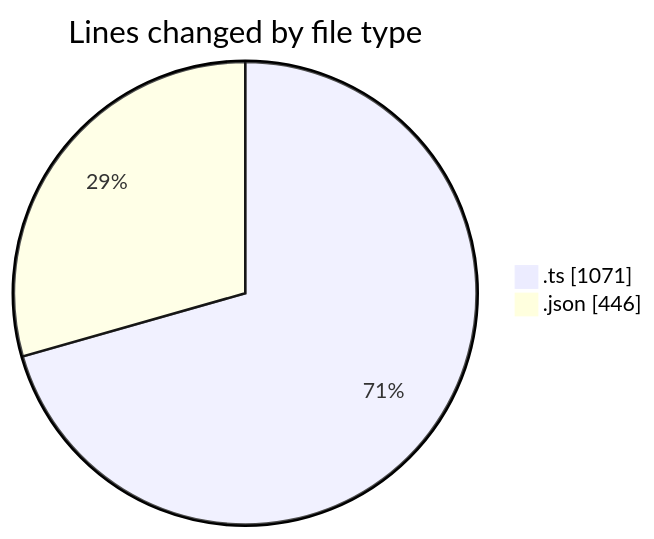
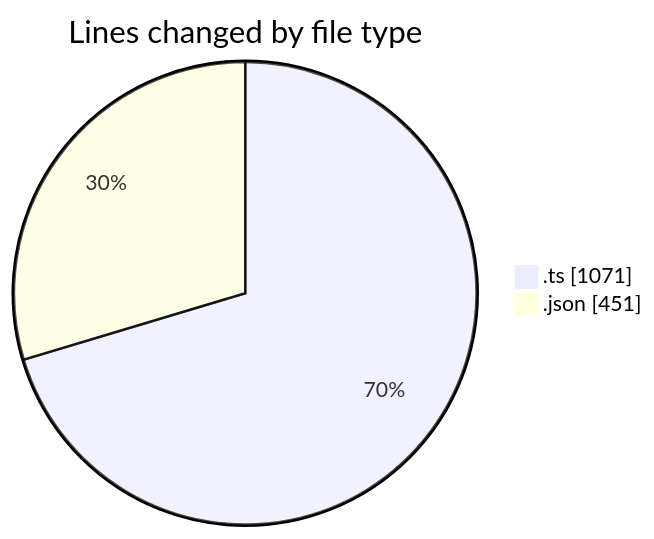
One commit to momahboobian/code-tracking changed the first of 2 diagrams in 2025-10-22/cda/README.md. Above: the diagram before and after it, drawn with Mermaid. The commit also changed other lines of this file and 1 other file, not shown here.

````diff
--- a/2025-10-22/cda/README.md
+++ b/2025-10-22/cda/README.md
@@ -22,6 +22,6 @@
 ```mermaid
 pie showData
 title Lines changed by file type
 ".ts" : 1071
-".json" : 446
+".json" : 451
 ```
````
